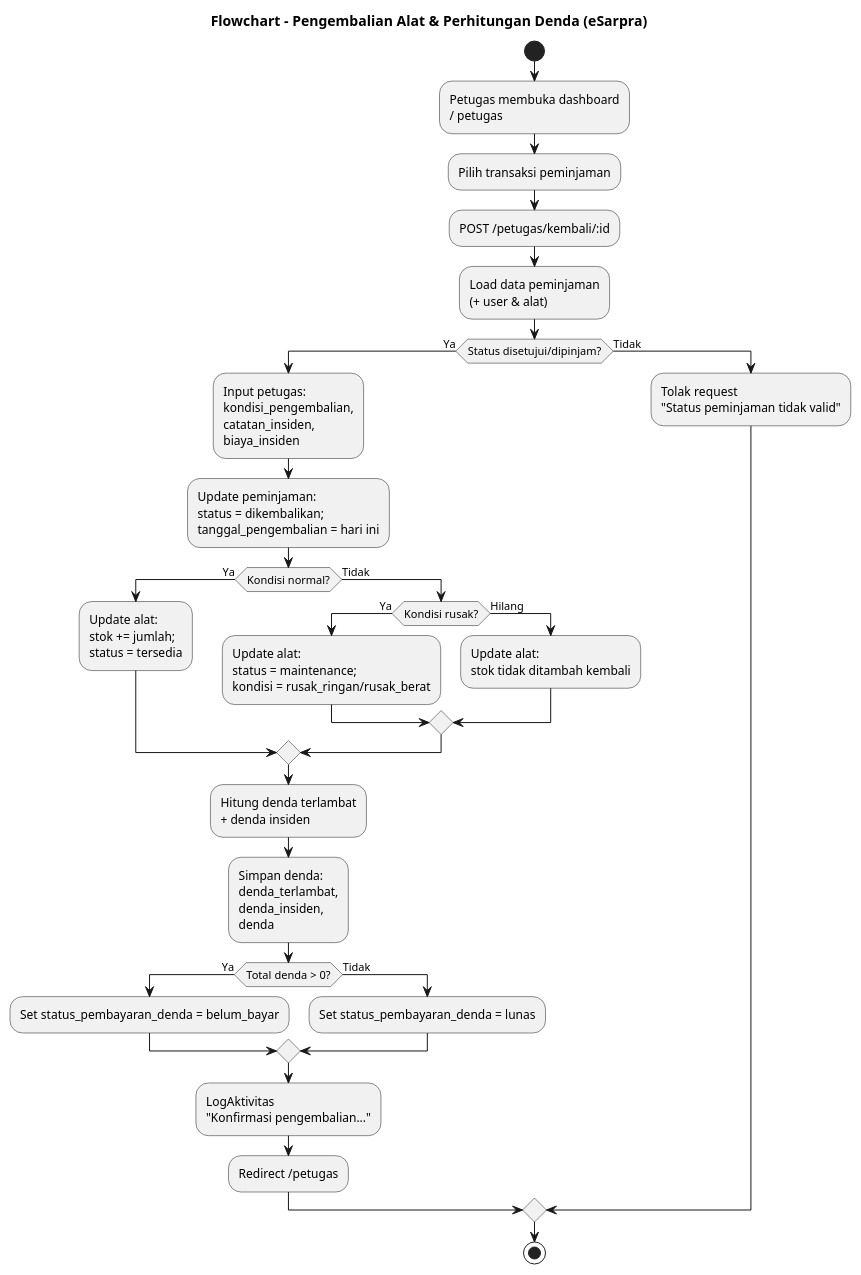
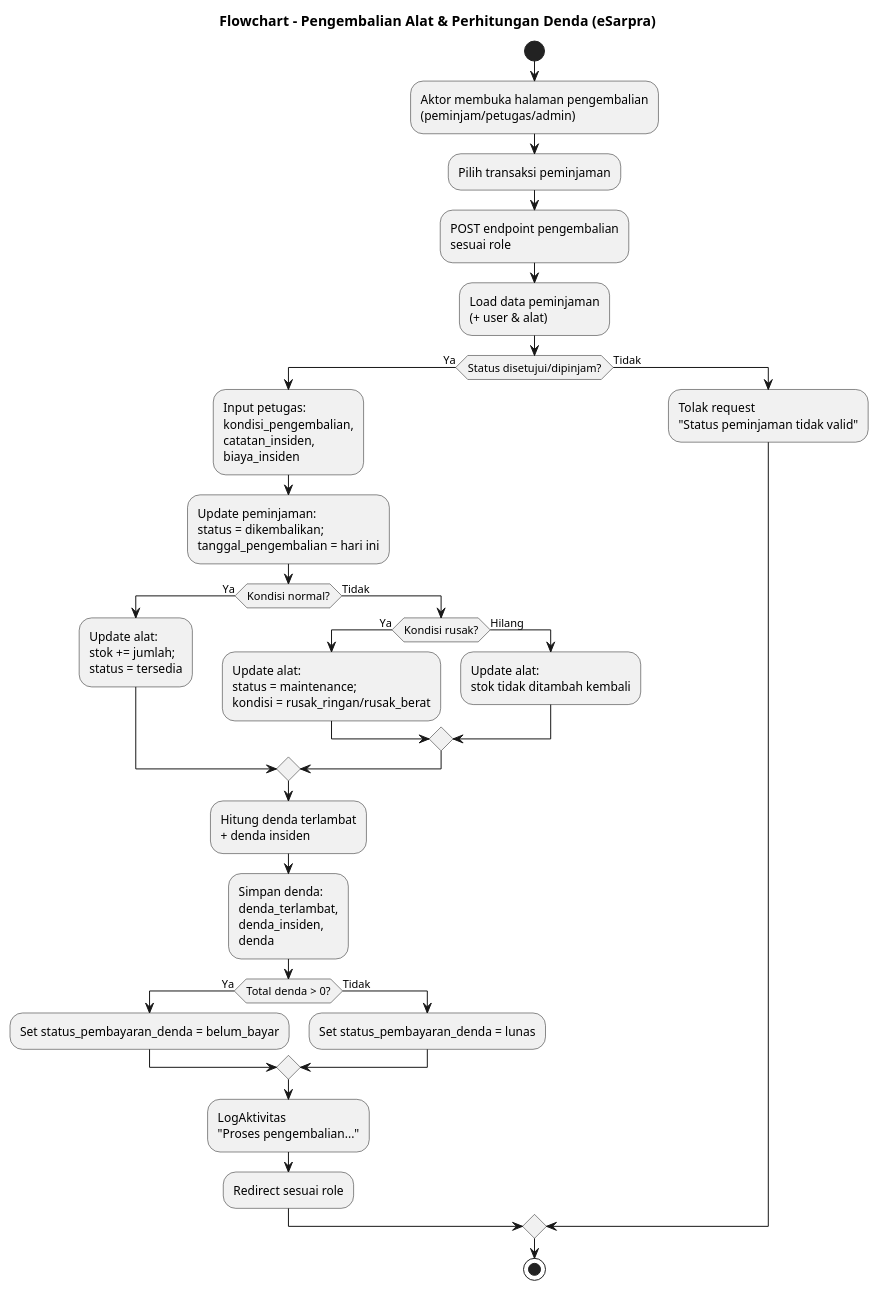
Before and after one commit to farsy06/ukk: the diagram in docs/uml/pengembalian-denda-flowchart.puml, drawn with PlantUML. The commit also changed 22 other files, not shown here.

```diff
--- a/docs/uml/pengembalian-denda-flowchart.puml
+++ b/docs/uml/pengembalian-denda-flowchart.puml
@@ -1,38 +1,38 @@
 @startuml
 title Flowchart - Pengembalian Alat & Perhitungan Denda (eSarpra)
 
 start
-:Petugas membuka dashboard\n/ petugas;
+:Aktor membuka halaman pengembalian\n(peminjam/petugas/admin);
 :Pilih transaksi peminjaman;
-:POST /petugas/kembali/:id;
+:POST endpoint pengembalian\nsesuai role;
 :Load data peminjaman\n(+ user & alat);
 
 if (Status disetujui/dipinjam?) then (Ya)
   :Input petugas:\nkondisi_pengembalian,\ncatatan_insiden,\nbiaya_insiden;
   :Update peminjaman:\nstatus = dikembalikan;\ntanggal_pengembalian = hari ini;
 
   if (Kondisi normal?) then (Ya)
     :Update alat:\nstok += jumlah;\nstatus = tersedia;
   else (Tidak)
     if (Kondisi rusak?) then (Ya)
       :Update alat:\nstatus = maintenance;\nkondisi = rusak_ringan/rusak_berat;
     else (Hilang)
       :Update alat:\nstok tidak ditambah kembali;
     endif
   endif
 
   :Hitung denda terlambat\n+ denda insiden;
   :Simpan denda:\ndenda_terlambat,\ndenda_insiden,\ndenda;
   if (Total denda > 0?) then (Ya)
     :Set status_pembayaran_denda = belum_bayar;
   else (Tidak)
     :Set status_pembayaran_denda = lunas;
   endif
-  :LogAktivitas\n"Konfirmasi pengembalian...";
-  :Redirect /petugas;
+  :LogAktivitas\n"Proses pengembalian...";
+  :Redirect sesuai role;
 else (Tidak)
   :Tolak request\n"Status peminjaman tidak valid";
 endif
 
 stop
 @enduml
```
